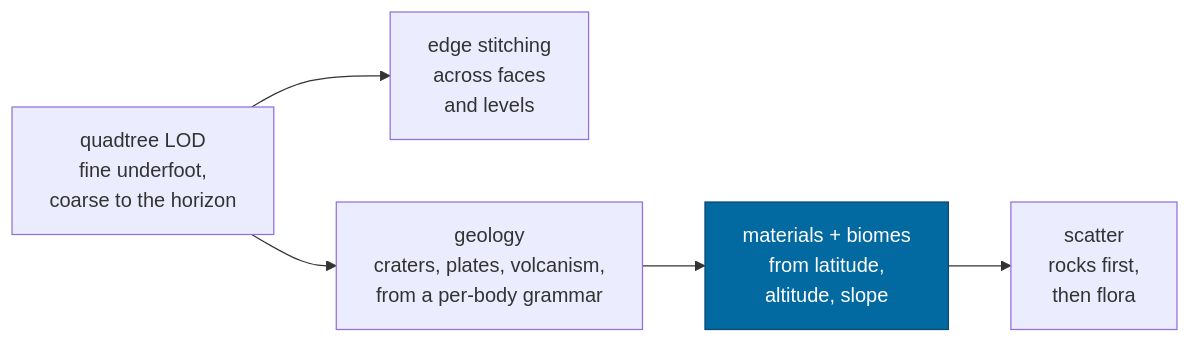
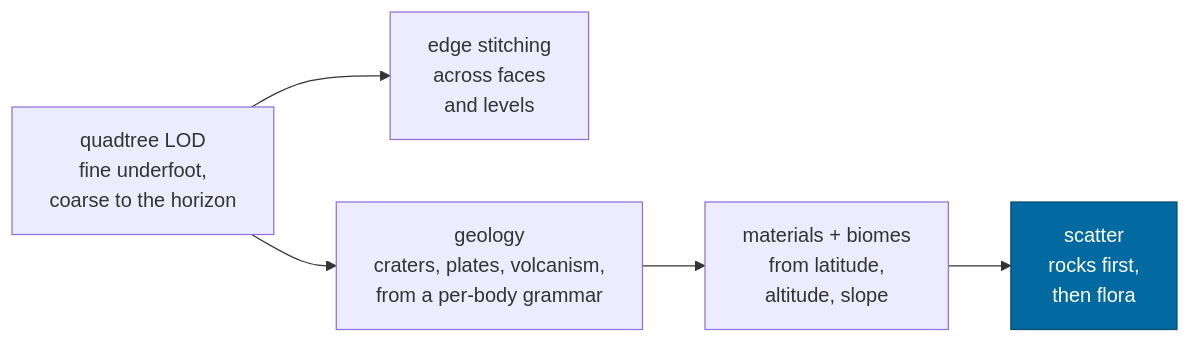
Before and after one commit to jonjaques/inertialref: the diagram in docs/design/content.md, drawn with Mermaid. The commit also changed other lines of this file and 48 other files, not shown here.

````diff
--- a/docs/design/content.md
+++ b/docs/design/content.md
@@ -109,9 +109,9 @@
 ```mermaid
 flowchart LR
     Q["quadtree LOD<br/>fine underfoot,<br/>coarse to the horizon"] --> S["edge stitching<br/>across faces<br/>and levels"]
     Q --> G["geology<br/>craters, plates, volcanism,<br/>from a per-body grammar"]
     G --> M["materials + biomes<br/>from latitude,<br/>altitude, slope"]
     M --> SC["scatter<br/>rocks first,<br/>then flora"]
 
-    style M fill:#0369a1,stroke:#0c4a6e,color:#fff
+    style SC fill:#0369a1,stroke:#0c4a6e,color:#fff
 ```
````
